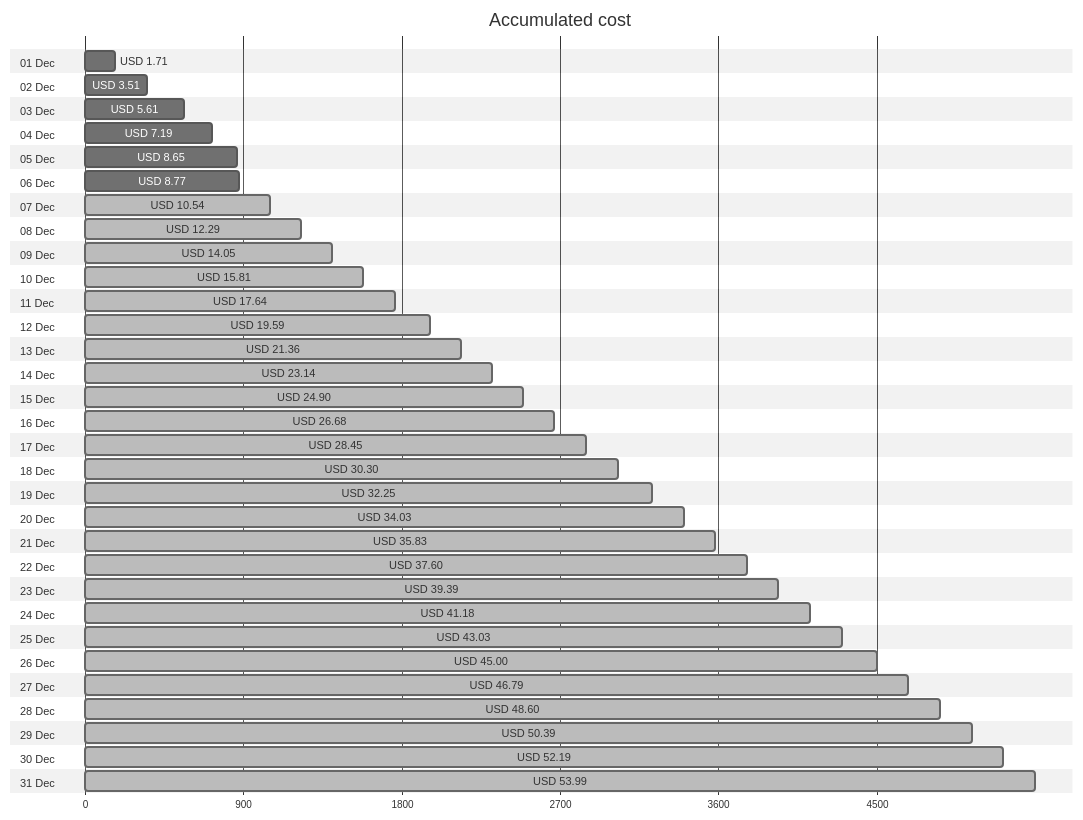
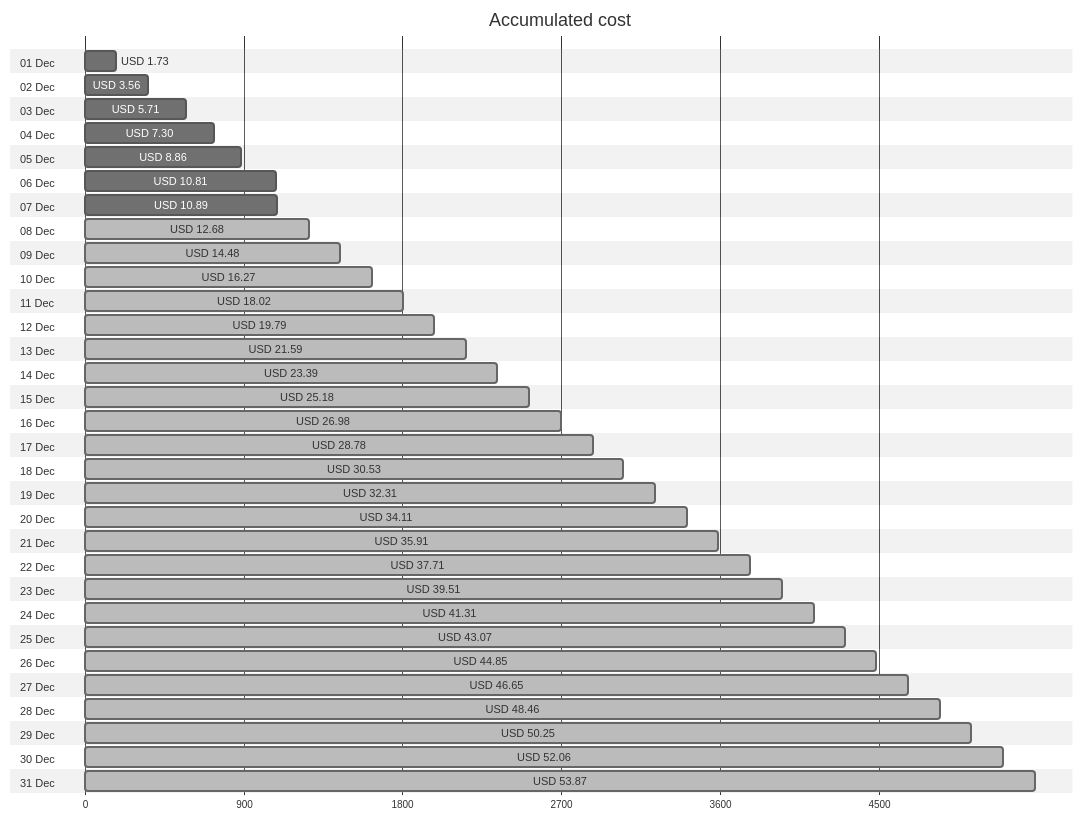
The first of 4 diagrams in cost-reports/personal-network/README.md (jpfulton/azure-personal-reports), drawn with Mermaid (neutral theme) before and after one commit. The commit also changed other lines of this file and 8 other files, not shown here.

````diff
--- a/cost-reports/personal-network/README.md
+++ b/cost-reports/personal-network/README.md
@@ -20,68 +20,68 @@
 ```mermaid
 gantt
    title Accumulated cost
    dateFormat  X
    axisFormat %s
    section 01 Dec
-   USD 1.71 :0, 171
+   USD 1.73 :0, 173
    section 02 Dec
-   USD 3.51 :0, 351
+   USD 3.56 :0, 356
    section 03 Dec
-   USD 5.61 :0, 561
+   USD 5.71 :0, 571
    section 04 Dec
-   USD 7.19 :0, 719
+   USD 7.30 :0, 730
    section 05 Dec
-   USD 8.65 :0, 865
+   USD 8.86 :0, 886
    section 06 Dec
-   USD 8.77 :0, 877
+   USD 10.81 :0, 1081
    section 07 Dec
-   USD 10.54 : done, 0, 1054
+   USD 10.89 :0, 1089
    section 08 Dec
-   USD 12.29 : done, 0, 1229
+   USD 12.68 : done, 0, 1268
    section 09 Dec
-   USD 14.05 : done, 0, 1405
+   USD 14.48 : done, 0, 1448
    section 10 Dec
-   USD 15.81 : done, 0, 1581
+   USD 16.27 : done, 0, 1627
    section 11 Dec
-   USD 17.64 : done, 0, 1764
+   USD 18.02 : done, 0, 1802
    section 12 Dec
-   USD 19.59 : done, 0, 1959
+   USD 19.79 : done, 0, 1979
    section 13 Dec
-   USD 21.36 : done, 0, 2136
+   USD 21.59 : done, 0, 2159
    section 14 Dec
-   USD 23.14 : done, 0, 2314
+   USD 23.39 : done, 0, 2339
    section 15 Dec
-   USD 24.90 : done, 0, 2490
+   USD 25.18 : done, 0, 2518
    section 16 Dec
-   USD 26.68 : done, 0, 2668
+   USD 26.98 : done, 0, 2698
    section 17 Dec
-   USD 28.45 : done, 0, 2845
+   USD 28.78 : done, 0, 2878
    section 18 Dec
-   USD 30.30 : done, 0, 3030
+   USD 30.53 : done, 0, 3053
    section 19 Dec
-   USD 32.25 : done, 0, 3225
+   USD 32.31 : done, 0, 3231
    section 20 Dec
-   USD 34.03 : done, 0, 3403
+   USD 34.11 : done, 0, 3411
    section 21 Dec
-   USD 35.83 : done, 0, 3583
+   USD 35.91 : done, 0, 3591
    section 22 Dec
-   USD 37.60 : done, 0, 3760
+   USD 37.71 : done, 0, 3771
    section 23 Dec
-   USD 39.39 : done, 0, 3939
+   USD 39.51 : done, 0, 3951
    section 24 Dec
-   USD 41.18 : done, 0, 4118
+   USD 41.31 : done, 0, 4131
    section 25 Dec
-   USD 43.03 : done, 0, 4303
+   USD 43.07 : done, 0, 4307
    section 26 Dec
-   USD 45.00 : done, 0, 4500
+   USD 44.85 : done, 0, 4485
    section 27 Dec
-   USD 46.79 : done, 0, 4679
+   USD 46.65 : done, 0, 4665
    section 28 Dec
-   USD 48.60 : done, 0, 4860
+   USD 48.46 : done, 0, 4846
    section 29 Dec
-   USD 50.39 : done, 0, 5039
+   USD 50.25 : done, 0, 5025
    section 30 Dec
-   USD 52.19 : done, 0, 5219
+   USD 52.06 : done, 0, 5206
    section 31 Dec
-   USD 53.99 : done, 0, 5399
+   USD 53.87 : done, 0, 5387
 ```
````
